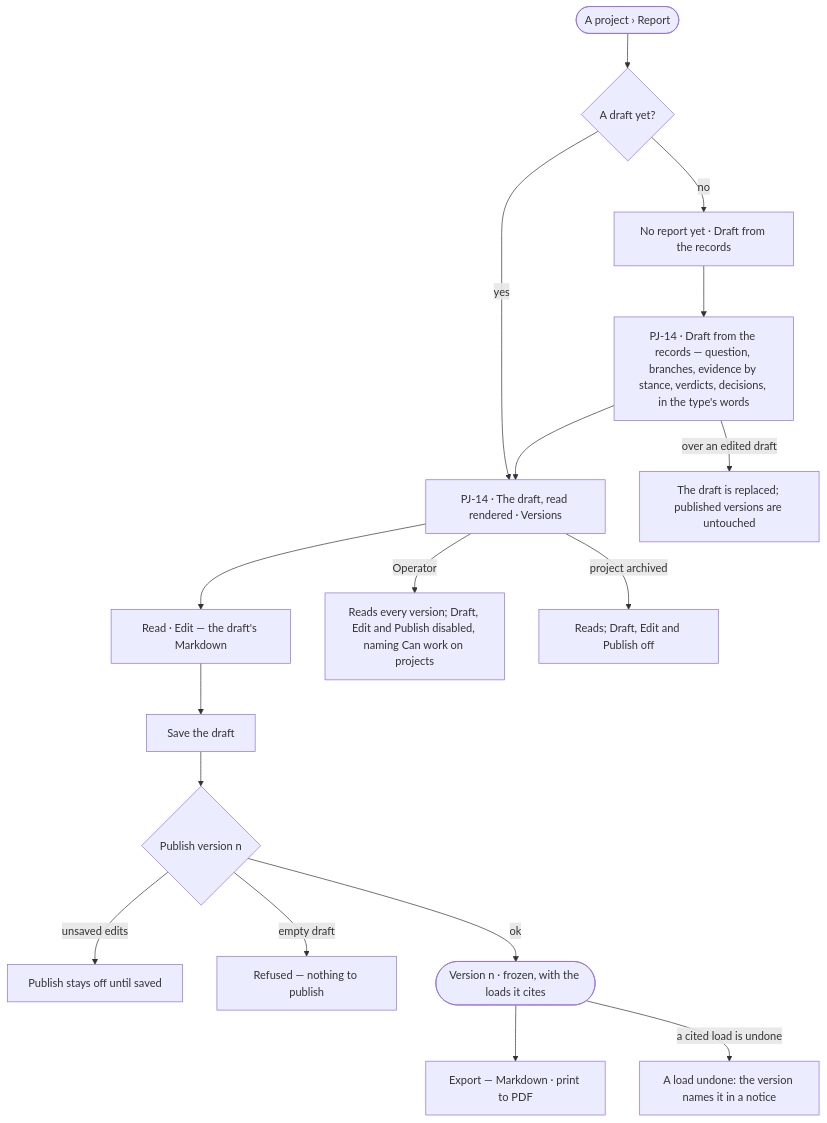
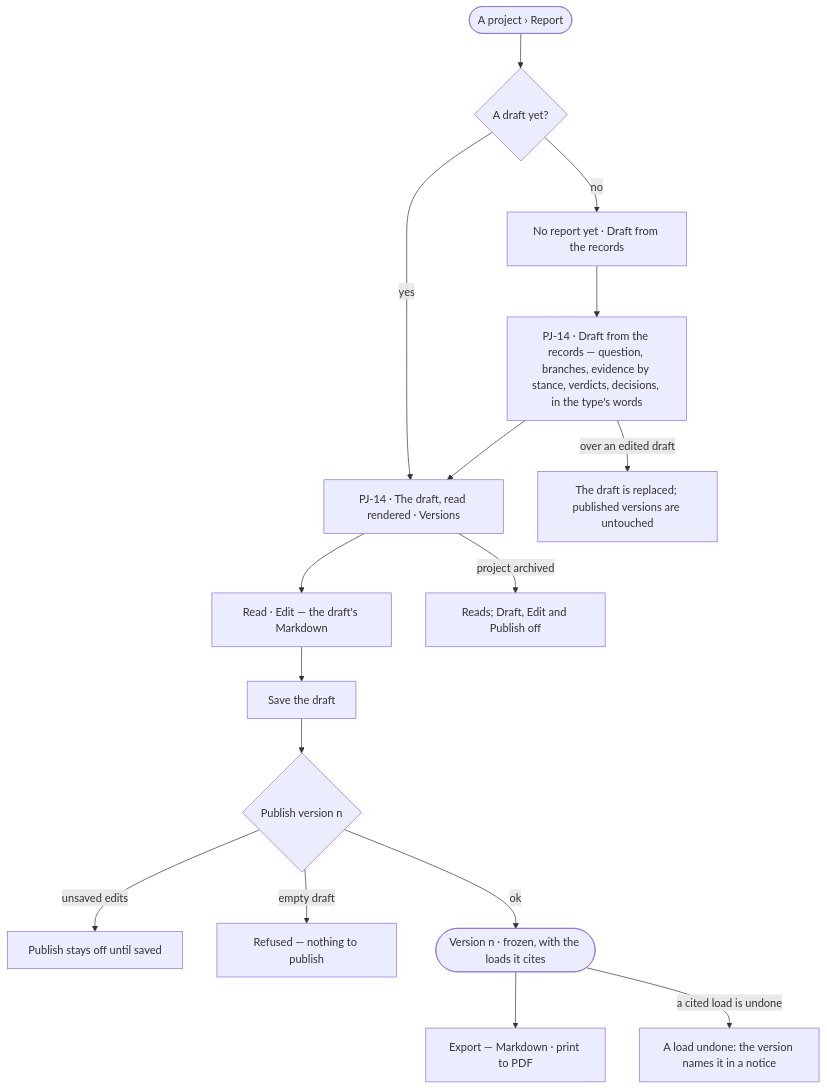
Before and after one commit to invana/invana: the diagram in specs/capabilities/projects/features/PJ-F05-project-reports/feature.md, drawn with Mermaid. The commit also changed other lines of this file and 522 other files, not shown here.

````diff
--- a/specs/capabilities/projects/features/PJ-F05-project-reports/feature.md
+++ b/specs/capabilities/projects/features/PJ-F05-project-reports/feature.md
@@ -24,19 +24,18 @@
 ```mermaid
 flowchart TD
   s([A project › Report]) --> any{"A draft yet?"}
   any -->|no| empty["No report yet · Draft from the records"]
   any -->|yes| read["PJ-14 · The draft, read rendered · Versions"]
   empty --> gen["PJ-14 · Draft from the records — question, branches, evidence by stance, verdicts, decisions, in the type's words"]
   gen -->|over an edited draft| warn["The draft is replaced; published versions are untouched"]
   gen --> read
   read --> edit["Read · Edit — the draft's Markdown"]
   edit --> save["Save the draft"]
   save --> pub{"Publish version n"}
   pub -->|unsaved edits| off["Publish stays off until saved"]
   pub -->|empty draft| ref["Refused — nothing to publish"]
   pub -->|ok| ver(["Version n · frozen, with the loads it cites"])
   ver --> exp["Export — Markdown · print to PDF"]
   ver -->|a cited load is undone| notice["A load undone: the version names it in a notice"]
-  read -->|Operator| ro["Reads every version; Draft, Edit and Publish disabled, naming Can work on projects"]
   read -->|project archived| arch["Reads; Draft, Edit and Publish off"]
 ```
````
